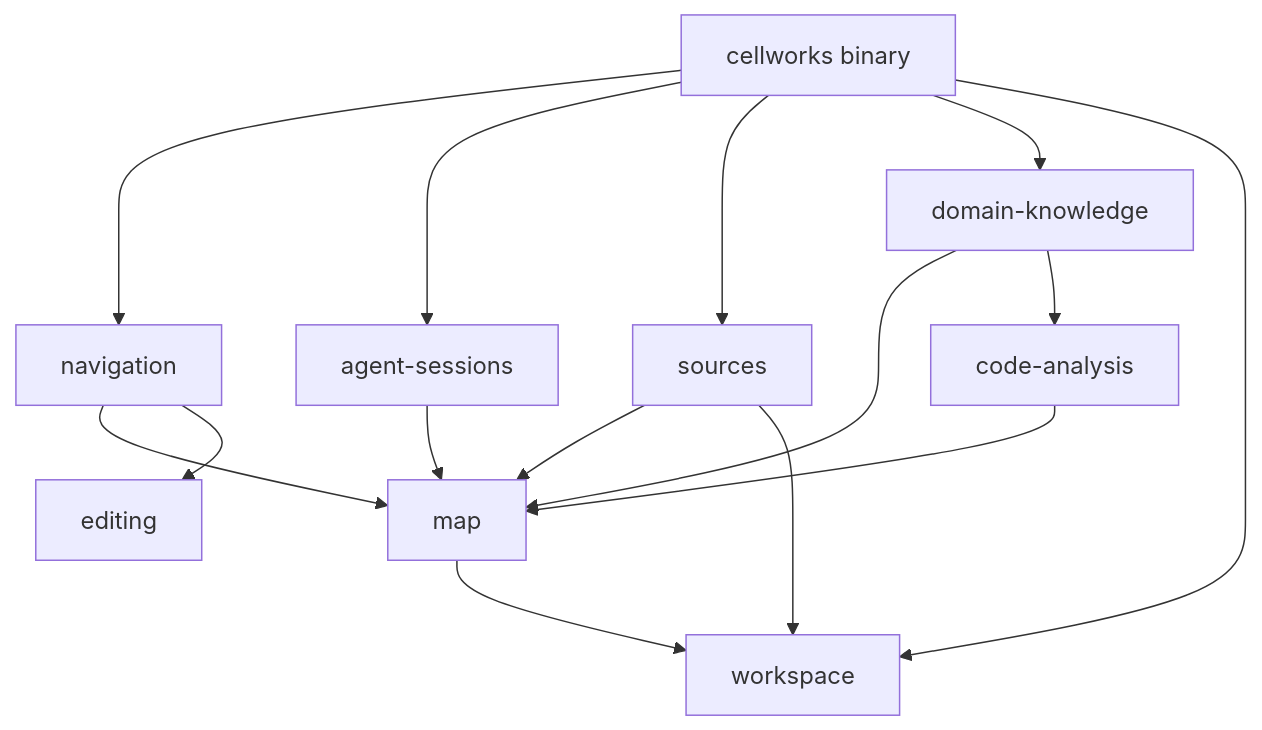
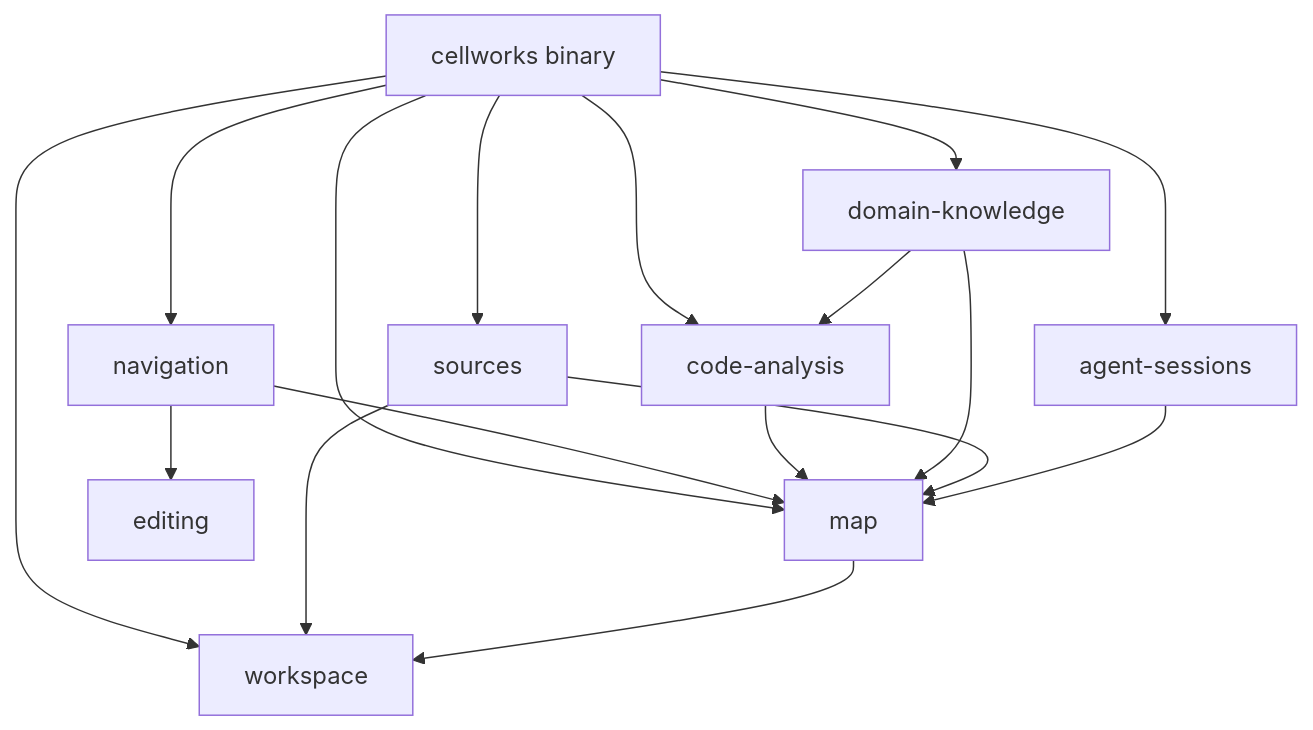
One commit to Xunrise/cellworks changed the diagram in docs/arc42/05-building-blocks.md. Above: the diagram before and after it, drawn with Mermaid. The commit also changed other lines of this file and 180 other files, not shown here.

````diff
--- a/docs/arc42/05-building-blocks.md
+++ b/docs/arc42/05-building-blocks.md
@@ -16,27 +16,29 @@
 ```mermaid
 flowchart TB
   bin[cellworks binary]
   ws[workspace]
   map[map]
   nav[navigation]
   code[code-analysis]
   dk[domain-knowledge]
   src[sources]
   ag[agent-sessions]
   ed[editing]
 
   bin --> nav
   bin --> ag
   bin --> src
   bin --> dk
+  bin --> code
   bin --> ws
+  bin --> map
   nav --> map
   nav --> ed
   code --> map
   dk --> map
   dk --> code
   src --> map
   src --> ws
   ag --> map
   map --> ws
 ```
````
